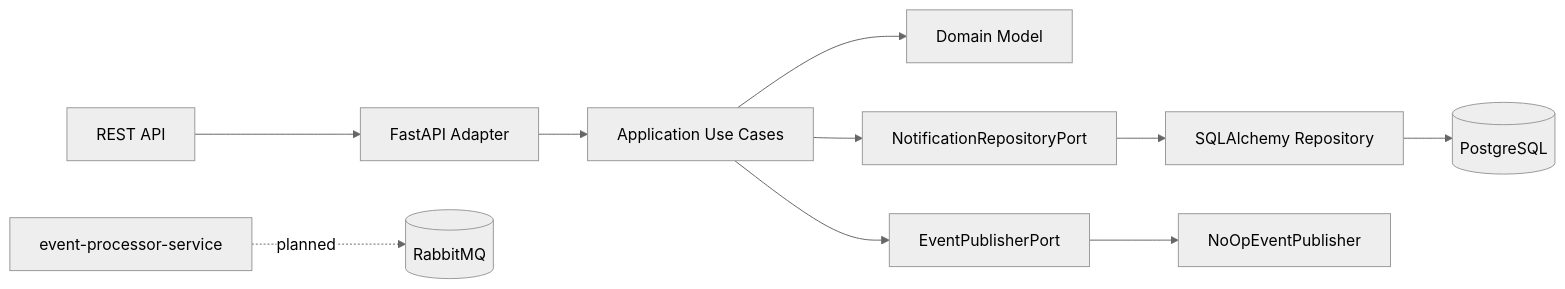
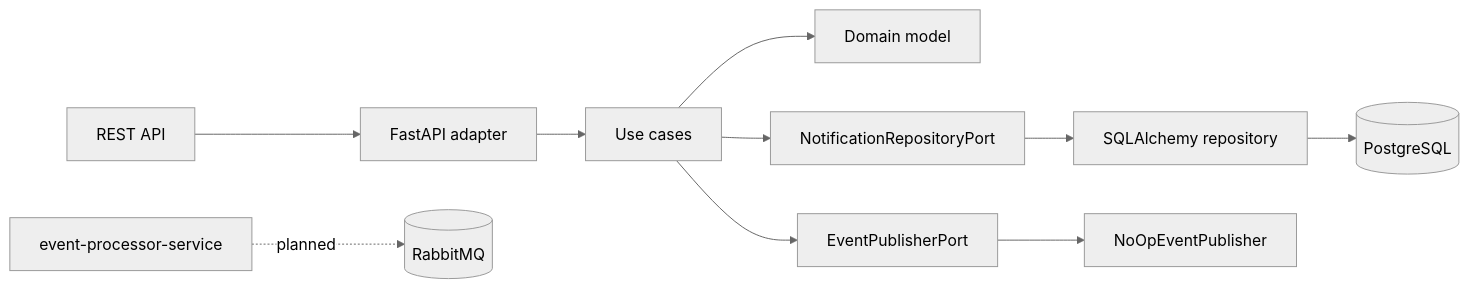
Before and after one commit to PauLopNun/telecom-notification-service: the diagram in README.md, drawn with Mermaid (neutral theme). The commit also changed other lines of this file and 1 other file, not shown here.

````diff
--- a/README.md
+++ b/README.md
@@ -31,12 +32,12 @@
 ```mermaid
 flowchart LR
-    HTTP[REST API] --> WEB[FastAPI Adapter]
-    WEB --> APP[Application Use Cases]
-    APP --> DOMAIN[Domain Model]
+    HTTP[REST API] --> WEB[FastAPI adapter]
+    WEB --> APP[Use cases]
+    APP --> DOMAIN[Domain model]
     APP --> REPO_PORT[NotificationRepositoryPort]
     APP --> EVENT_PORT[EventPublisherPort]
-    REPO_PORT --> REPO[SQLAlchemy Repository]
+    REPO_PORT --> REPO[SQLAlchemy repository]
     REPO --> DB[(PostgreSQL)]
     EVENT_PORT --> NOOP[NoOpEventPublisher]
     FUTURE[event-processor-service] -. planned .-> RABBIT[(RabbitMQ)]
 ```
````
